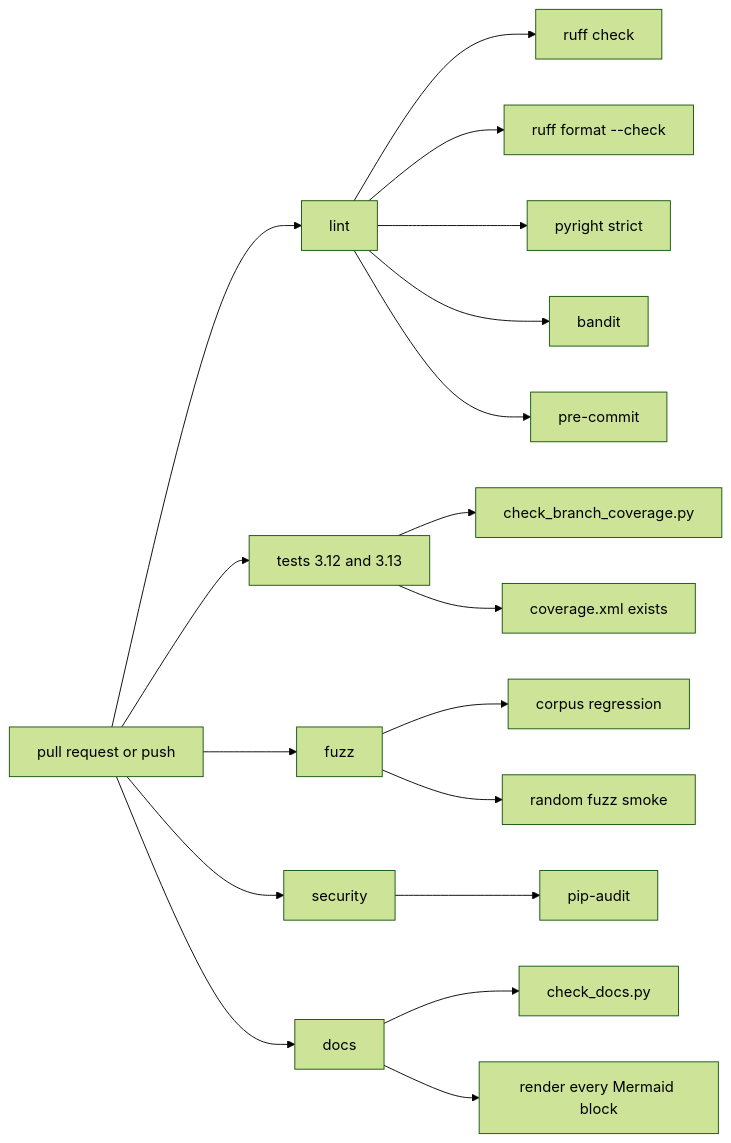
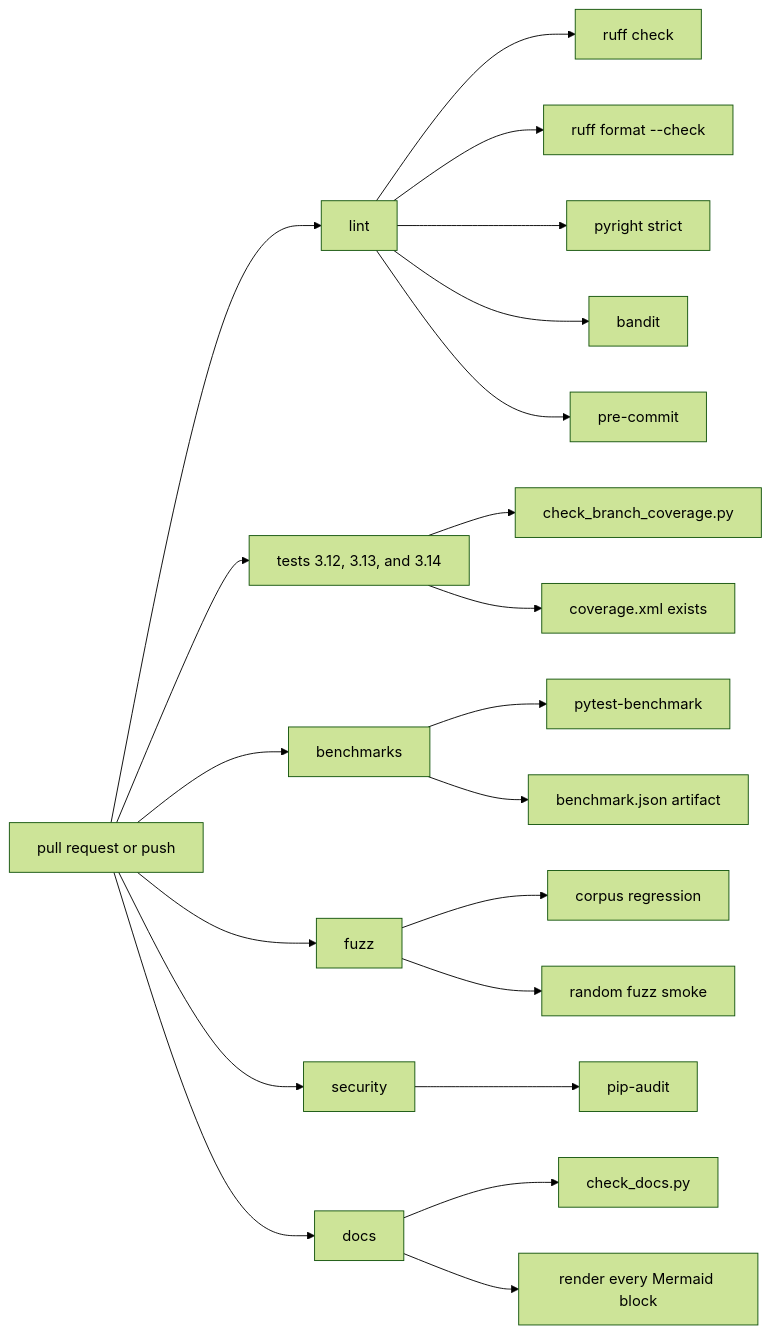
One commit to SorenHJohansen/sattline-parser changed the third of 3 diagrams in docs/testing.md. Above: the diagram before and after it, drawn with Mermaid (forest theme). The commit also changed other lines of this file and 44 other files, not shown here.

````diff
--- a/docs/testing.md
+++ b/docs/testing.md
@@ -122,20 +130,23 @@
 ```mermaid
 flowchart LR
     PR["pull request or push"] --> L["lint"]
-    PR --> T["tests 3.12 and 3.13"]
+    PR --> T["tests 3.12, 3.13, and 3.14"]
+    PR --> B["benchmarks"]
     PR --> F["fuzz"]
     PR --> S["security"]
     PR --> D["docs"]
     L --> L1["ruff check"]
     L --> L2["ruff format --check"]
     L --> L3["pyright strict"]
     L --> L4["bandit"]
     L --> L5["pre-commit"]
     T --> T1["check_branch_coverage.py"]
     T --> T2["coverage.xml exists"]
+    B --> B1["pytest-benchmark"]
+    B --> B2["benchmark.json artifact"]
     F --> F1["corpus regression"]
     F --> F2["random fuzz smoke"]
     S --> S1["pip-audit"]
     D --> D1["check_docs.py"]
     D --> D2["render every Mermaid block"]
 ```
````
